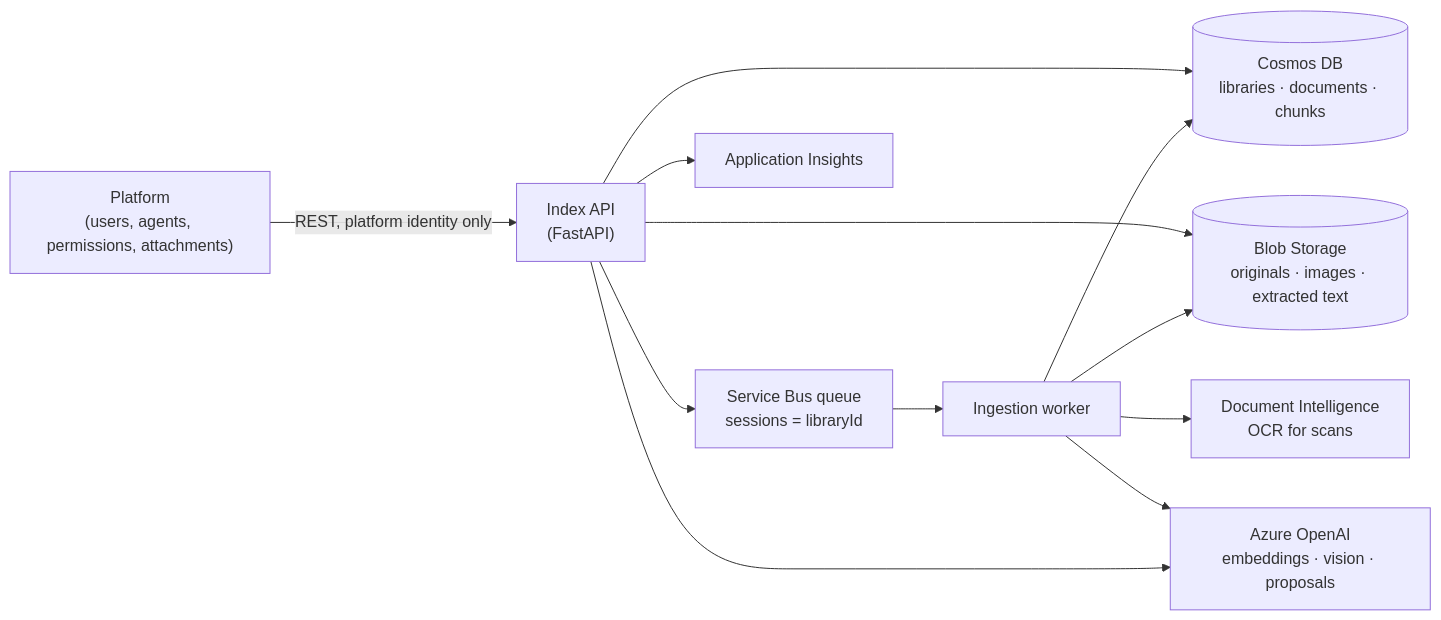
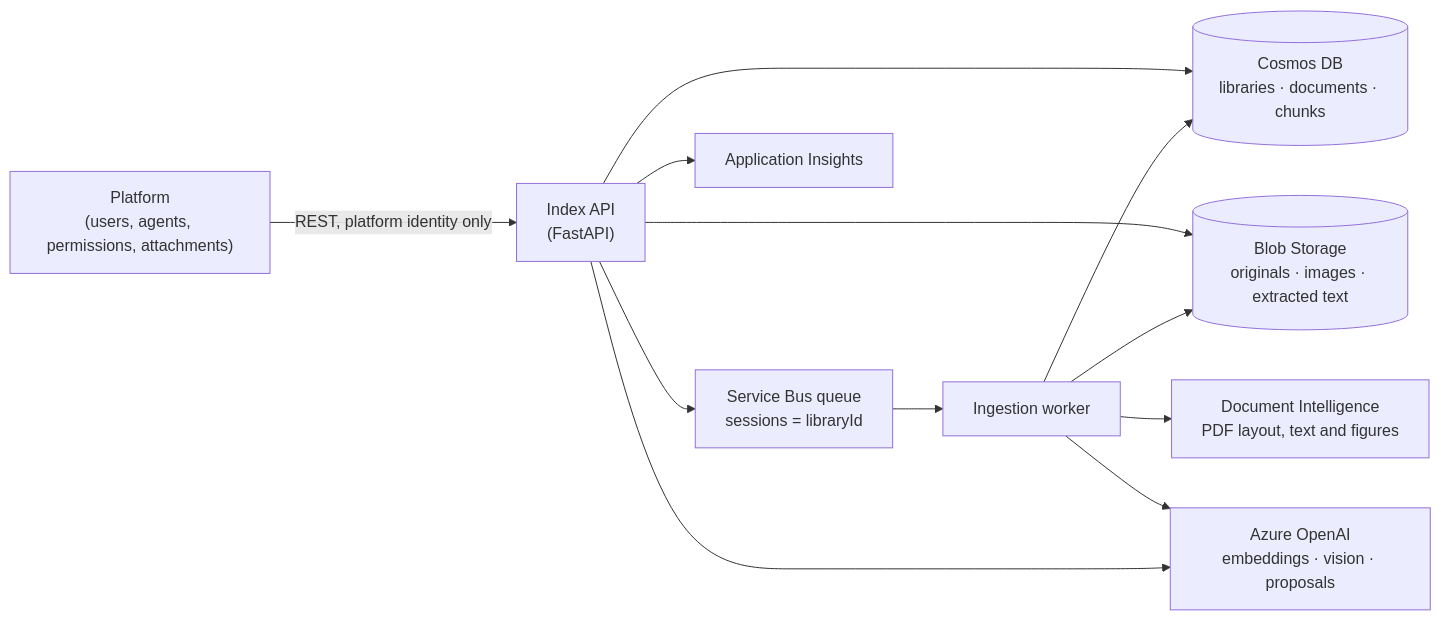
One commit to ASeabrook36/cosmos-based-file-libraries changed the diagram in docs/spec.md. Above: the diagram before and after it, drawn with Mermaid. The commit also changed other lines of this file and 60 other files, not shown here.

````diff
--- a/docs/spec.md
+++ b/docs/spec.md
@@ -33,24 +33,24 @@
 ```mermaid
 flowchart LR
     P["Platform<br/>(users, agents, permissions, attachments)"]
     API["Index API<br/>(FastAPI)"]
     Q["Service Bus queue<br/>sessions = libraryId"]
     W["Ingestion worker"]
     C[("Cosmos DB<br/>libraries · documents · chunks")]
     B[("Blob Storage<br/>originals · images · extracted text")]
     AI["Azure OpenAI<br/>embeddings · vision · proposals"]
-    DI["Document Intelligence<br/>OCR for scans"]
+    DI["Document Intelligence<br/>PDF layout, text and figures"]
     T["Application Insights"]
 
     P -- "REST, platform identity only" --> API
     API --> C
     API --> B
     API --> Q
     Q --> W
     W --> B
     W --> DI
     W --> AI
     W --> C
     API --> AI
     API --> T
 ```
````
